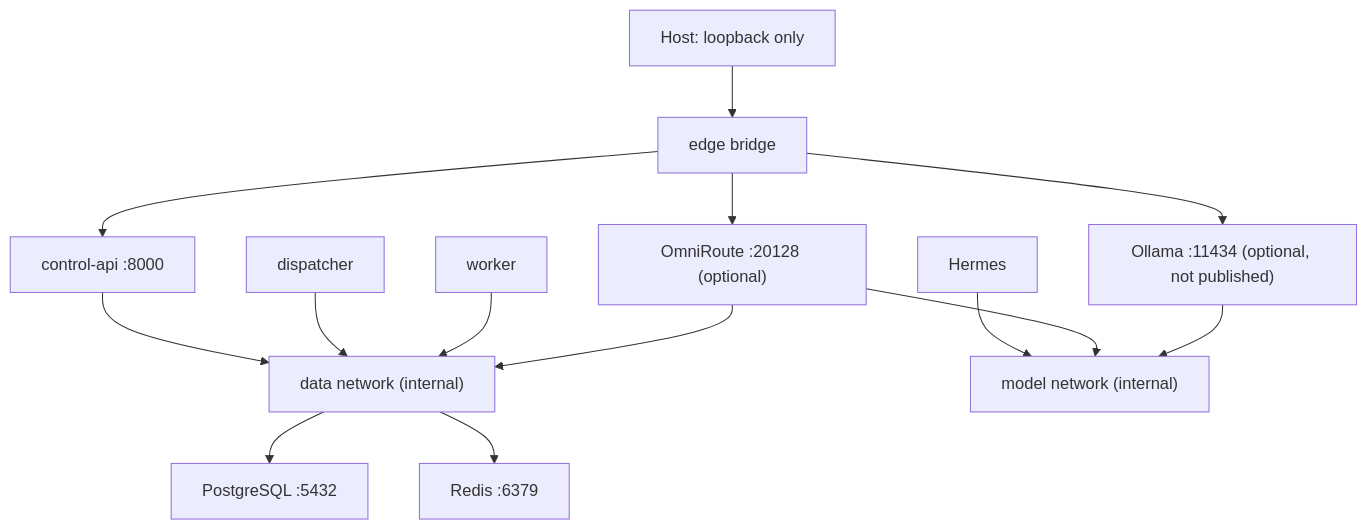
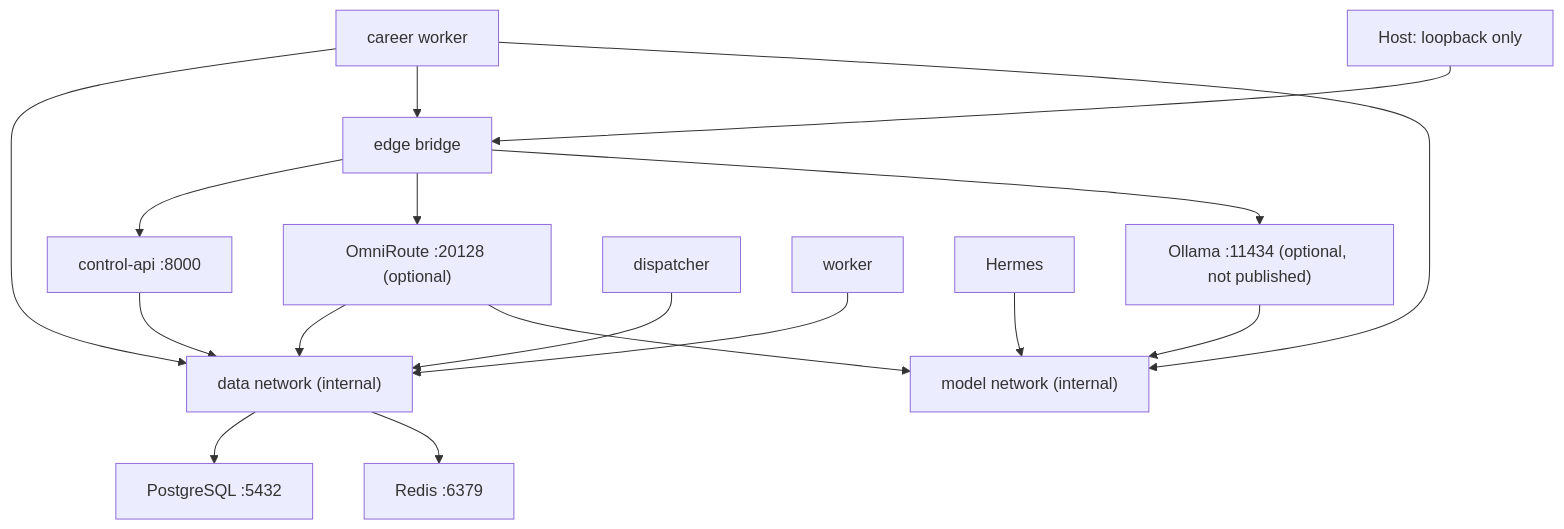
The diagram in docs/architecture/networking.md (ReaperXD67/autonomous-personal-agent), drawn with Mermaid before and after one commit. The commit also changed other lines of this file and 42 other files, not shown here.

````diff
--- a/docs/architecture/networking.md
+++ b/docs/architecture/networking.md
@@ -3,18 +3,21 @@
 ```mermaid
 flowchart TB
     HOST["Host: loopback only"] --> EDGE["edge bridge"]
     EDGE --> API["control-api :8000"]
     EDGE --> OR["OmniRoute :20128 (optional)"]
     EDGE --> OL["Ollama :11434 (optional, not published)"]
 
     API --> DATA["data network (internal)"]
     DISPATCHER["dispatcher"] --> DATA
     WORKER["worker"] --> DATA
+    JOB["career worker"] --> DATA
+    JOB --> EDGE
+    JOB --> MODEL
     OR --> DATA
     DATA --> PG["PostgreSQL :5432"]
     DATA --> REDIS["Redis :6379"]
 
     H["Hermes"] --> MODEL["model network (internal)"]
     OR --> MODEL
     OL --> MODEL
 ```
````
